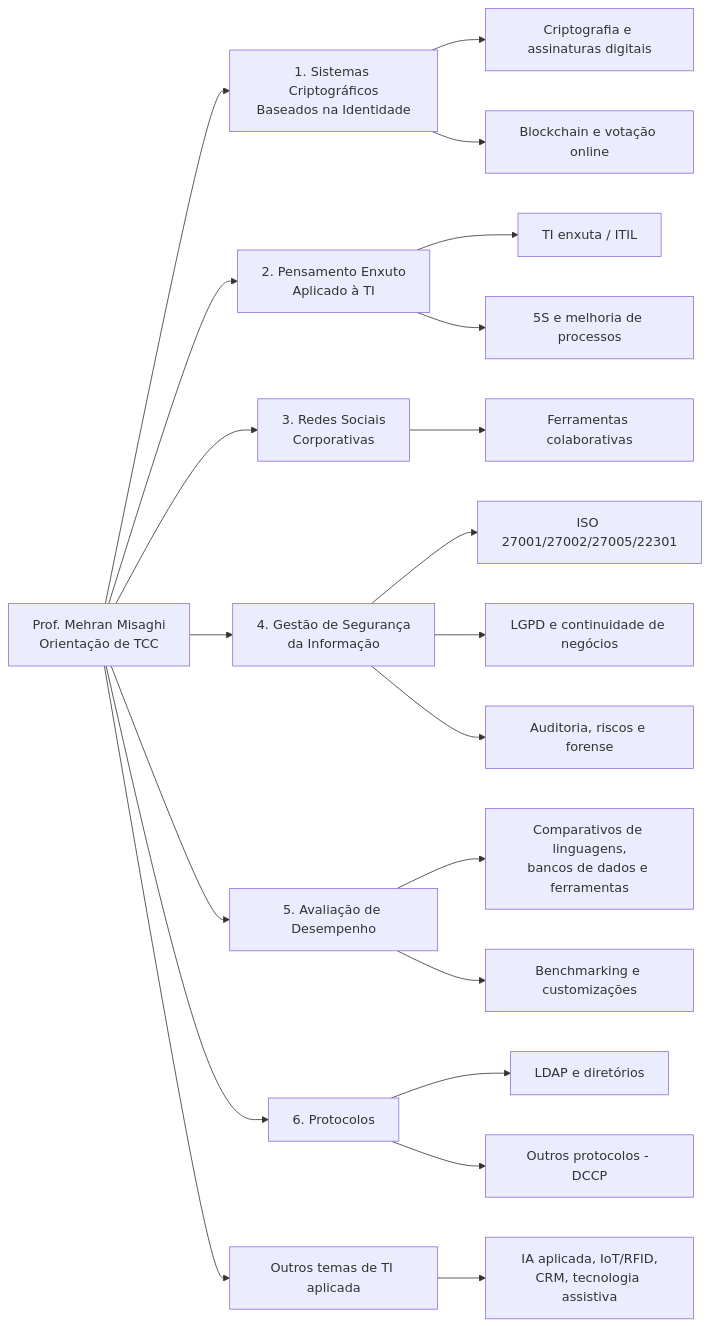
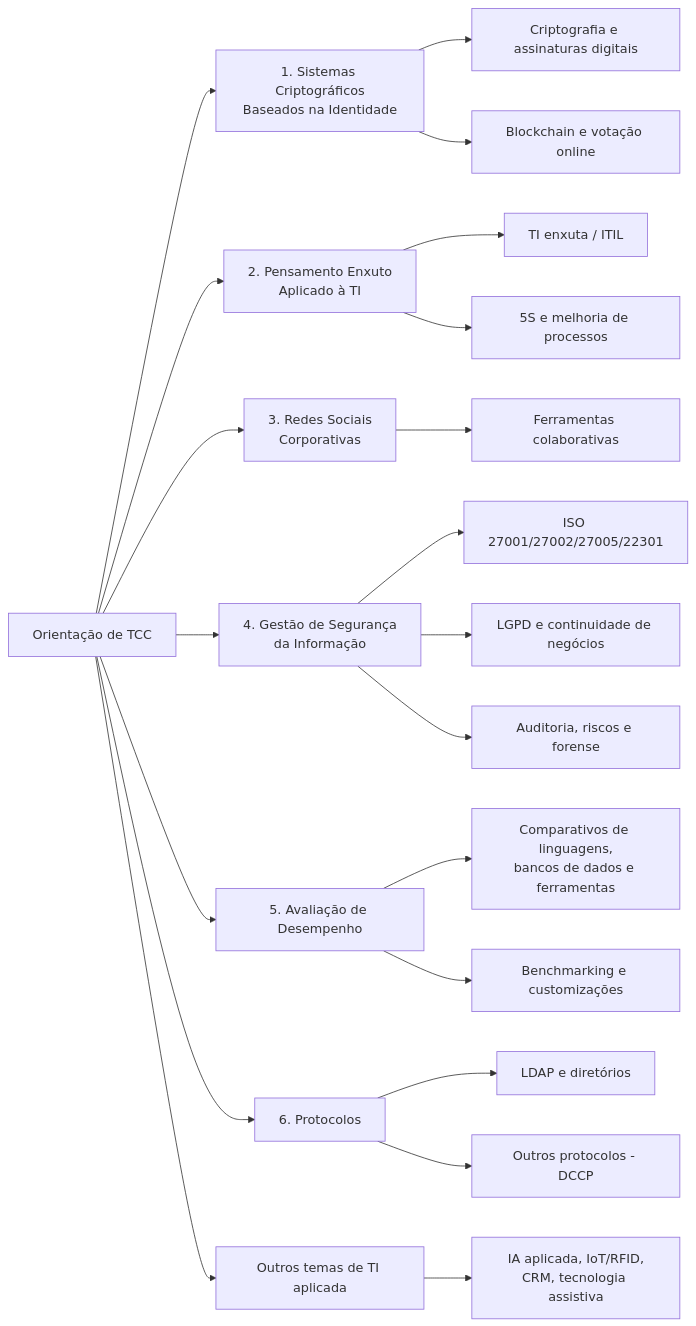
Before and after one commit to mehranmisaghi/orientacoes: the diagram in linhas-de-pesquisa-graduacao-tcc.md, drawn with Mermaid.

Commit message:
atualizado

````diff
--- a/linhas-de-pesquisa-graduacao-tcc.md
+++ b/linhas-de-pesquisa-graduacao-tcc.md
@@ -10,30 +10,30 @@
 ```mermaid
 flowchart LR
-    A[Prof. Mehran Misaghi<br/>Orientação de TCC] --> L1[1. Sistemas Criptográficos<br/>Baseados na Identidade]
+    A[Orientação de TCC] --> L1[1. Sistemas Criptográficos<br/>Baseados na Identidade]
     A --> L2[2. Pensamento Enxuto<br/>Aplicado à TI]
     A --> L3[3. Redes Sociais<br/>Corporativas]
     A --> L4[4. Gestão de Segurança<br/>da Informação]
     A --> L5[5. Avaliação de Desempenho]
     A --> L6[6. Protocolos]
     A --> L7[Outros temas de TI aplicada]
 
     L1 --> L1a[Criptografia e assinaturas digitais]
     L1 --> L1b[Blockchain e votação online]
 
     L2 --> L2a[TI enxuta / ITIL]
     L2 --> L2b[5S e melhoria de processos]
 
     L3 --> L3a[Ferramentas colaborativas]
 
     L4 --> L4a[ISO 27001/27002/27005/22301]
     L4 --> L4b[LGPD e continuidade de negócios]
     L4 --> L4c[Auditoria, riscos e forense]
 
     L5 --> L5a[Comparativos de linguagens,<br/>bancos de dados e ferramentas]
     L5 --> L5b[Benchmarking e customizações]
 
     L6 --> L6a[LDAP e diretórios]
     L6 --> L6b[Outros protocolos - DCCP]
 
     L7 --> L7a[IA aplicada, IoT/RFID,<br/>CRM, tecnologia assistiva]
 ```
````
